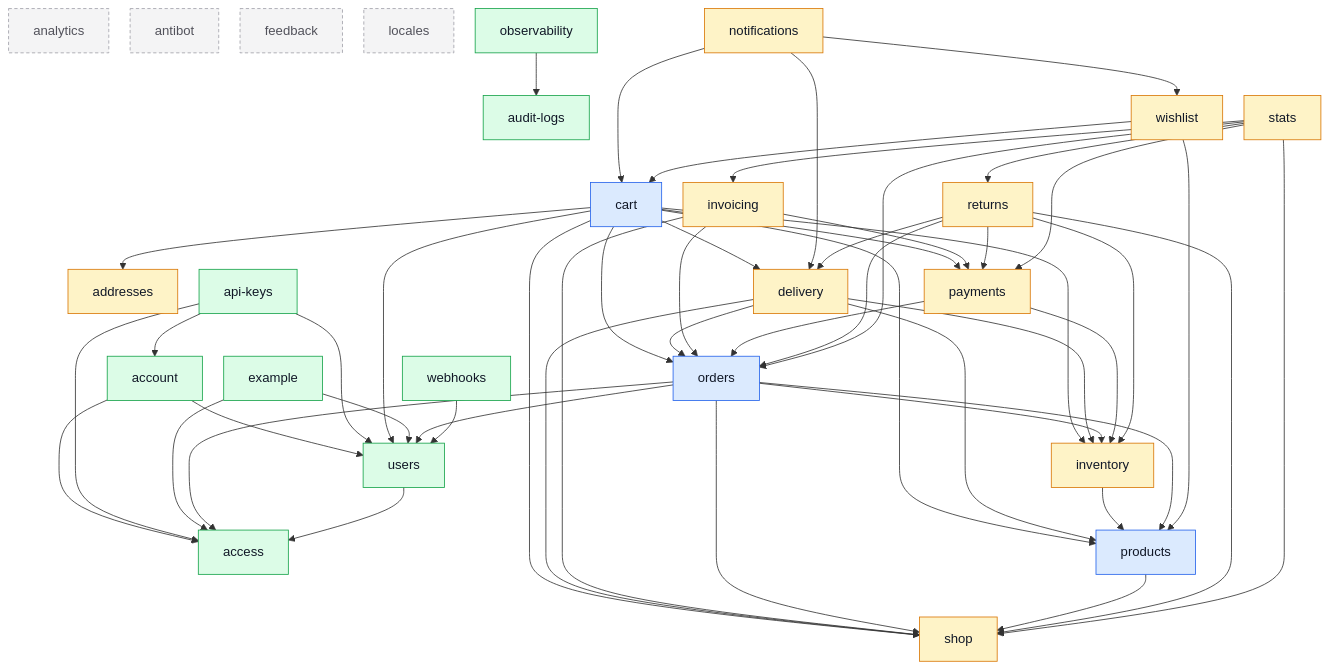
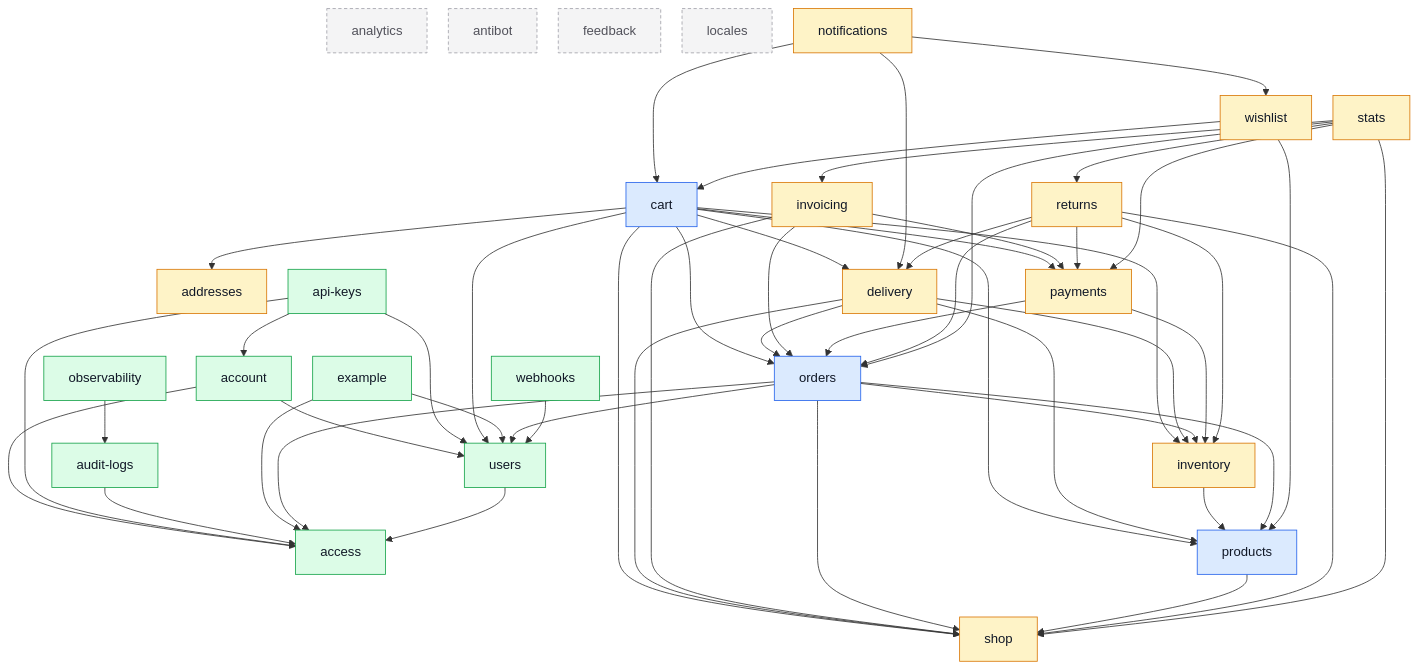
One commit to Guebbit/boilerplate-node-backend changed the diagram in docs/modules/index.md. Above: the diagram before and after it, drawn with Mermaid. The commit also changed other lines of this file and 40 other files, not shown here.

```diff
--- a/docs/modules/index.md
+++ b/docs/modules/index.md
@@ -71,6 +71,7 @@
     api_keys --> access
     api_keys --> account
     api_keys --> users
+    audit_logs --> access
     cart --> addresses
     cart --> delivery
     cart --> inventory
```
